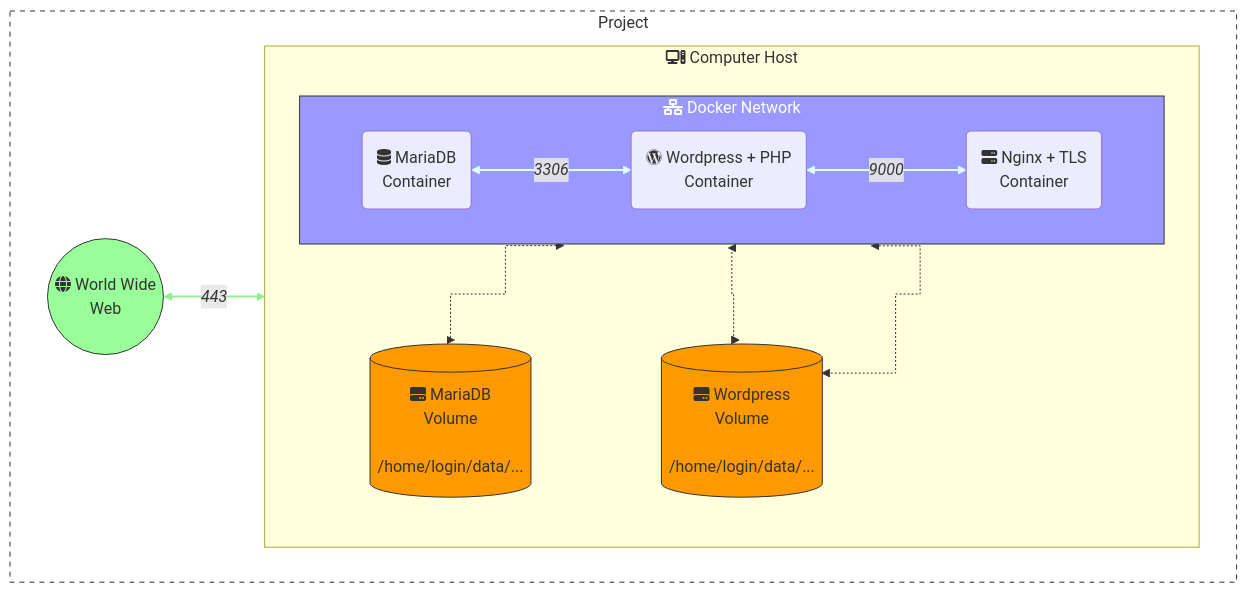
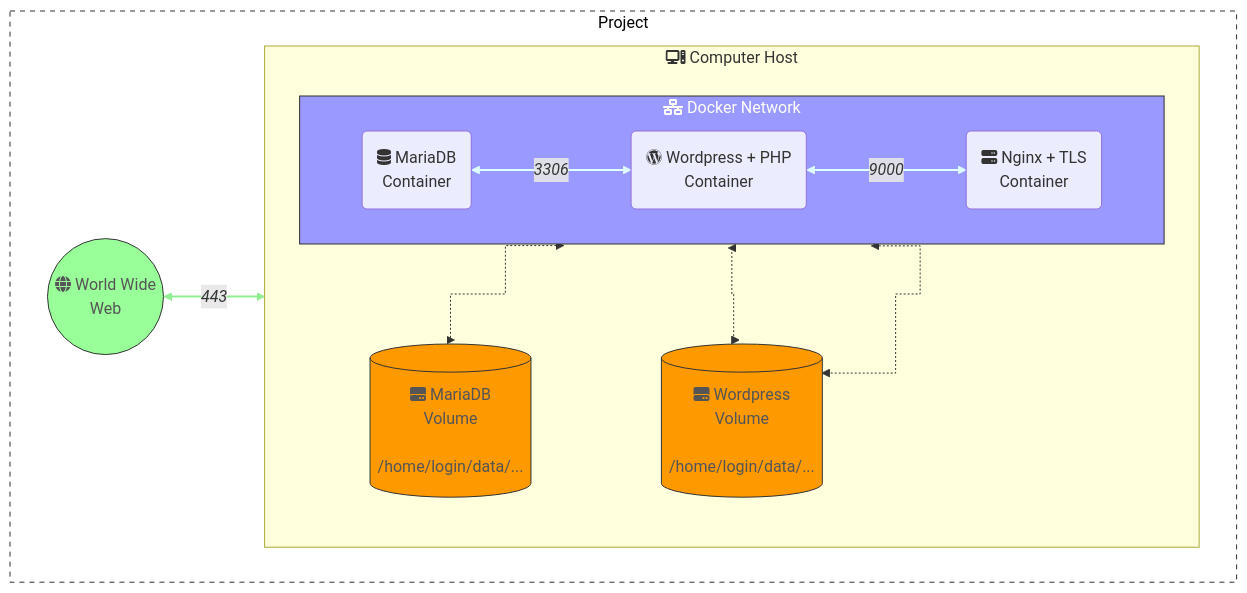
One commit to Tablerase/42_Projects changed the second of 3 diagrams in Projects/Inception/README.md. Above: the diagram before and after it, drawn with Mermaid. The commit also changed other lines of this file and 1 other file, not shown here.

````diff
--- a/Projects/Inception/README.md
+++ b/Projects/Inception/README.md
@@ -80,50 +80,50 @@
 ```mermaid
 %%{ init: { 'flowchart': { 'curve': 'step' } } }%%
 graph TD
   direction TB
   classDef black fill:#000,stroke:#333,stroke-width:1px;
-  classDef white fill:#fff,stroke:#333,stroke-width:1px;
-  classDef white_border fill:#fff,stroke:#333,stroke-width:1px, stroke-dasharray: 5, 5;
-  classDef green fill:#0f0,stroke:#333,stroke-width:1px;
-  classDef lightblue fill:#99f,stroke:#333,stroke-width:1px,color:#fff;
-  classDef lightgreen fill:#9f9,stroke:#333,stroke-width:1px;
-  classDef lightred fill:#f99,stroke:#333,stroke-width:1px;
-  classDef lightyellow fill:#ff9,stroke:#333,stroke-width:1px;
-  classDef lightorange fill:#f90,stroke:#333,stroke-width:1px;
-  classDef lightpurple fill:#f0f,stroke:#333,stroke-width:1px;
-  classDef lightcyan fill:#9ff,stroke:#333,stroke-width:1px;
-  classDef lightpink fill:#f9f,stroke:#333,stroke-width:1px;
-  classDef lightbrown fill:#963,stroke:#333,stroke-width:1px;
-  classDef lightgrey fill:#999,stroke:#333,stroke-width:1px;
+  classDef white fill:#fff,color:#555,stroke:#333,stroke-width:1px;
+  classDef white_border fill:#fff,color:#000,stroke:#333,stroke-width:1px, stroke-dasharray: 5, 5;
+  classDef green fill:#0f0,color:#555,stroke:#333,stroke-width:1px;
+  classDef lightblue fill:#99f,color:#fff,stroke:#333,stroke-width:1px;
+  classDef lightgreen fill:#9f9,color:#555,stroke:#333,stroke-width:1px;
+  classDef lightred fill:#f99,color:#555,stroke:#333,stroke-width:1px;
+  classDef lightyellow fill:#ff9,color:#555,stroke:#333,stroke-width:1px;
+  classDef lightorange fill:#f90,color:#555,stroke:#333,stroke-width:1px;
+  classDef lightpurple fill:#f0f,color:#555,stroke:#333,stroke-width:1px;
+  classDef lightcyan fill:#9ff,color:#555,stroke:#333,stroke-width:1px;
+  classDef lightpink fill:#f9f,color:#555,stroke:#333,stroke-width:1px;
+  classDef lightbrown fill:#963,color:#555,stroke:#333,stroke-width:1px;
+  classDef lightgrey fill:#999,color:#555,stroke:#333,stroke-width:1px;
   classDef lightblack fill:#000,stroke:#333,stroke-width:1px;
-  classDef lightwhite fill:#fff,stroke:#333,stroke-width:1px;
+  classDef lightwhite fill:#fff,color:#555,stroke:#333,stroke-width:1px;
 
   Project:::white_border
   subgraph Project
     direction LR
     WorldWideWeb <-->|"`*443*`"| Nginx
     WorldWideWeb((fa:fa-globe World Wide\nWeb)):::lightgreen
 
     subgraph Computer_Host["fas:fa-computer Computer Host"]
       direction TB
       Docker_Network:::lightblue
 
       subgraph Docker_Network["fas:fa-network-wired Docker Network"]
         direction LR
         MariaDB("fa:fa-database MariaDB\nContainer")
         Wordpress("fab:fa-wordpress Wordpress + PHP\nContainer")
         Nginx("fa:fa-server Nginx + TLS\nContainer")
         MariaDB <-->|"`*3306*`"| Wordpress <-->|"`*9000*`"| Nginx
       end
 
     Volume_MariaDB[("fas:fa-hdd MariaDB\nVolume\n\n/home/login/data/...")]:::lightorange
     Volume_Wordpress[("fas:fa-hdd Wordpress\nVolume\n\n/home/login/data/...")]:::lightorange
     MariaDB <-.-> Volume_MariaDB
     Wordpress <-.-> Volume_Wordpress
     Nginx <-.-> Volume_Wordpress
     end
   end
 
   linkStyle 0 stroke:lightgreen,stroke-width:2px;
   linkStyle 1,2 stroke:lightcyan,stroke-width:2px;
 ```
````
